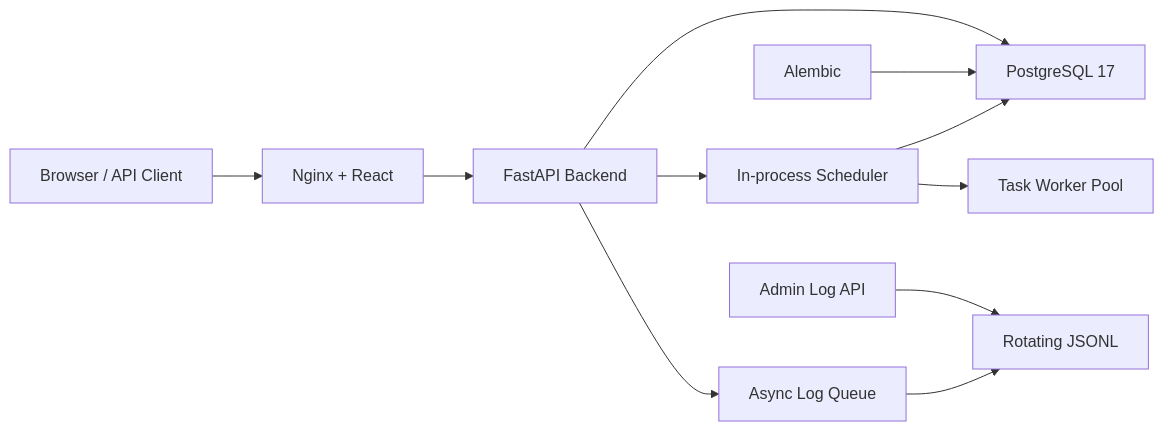
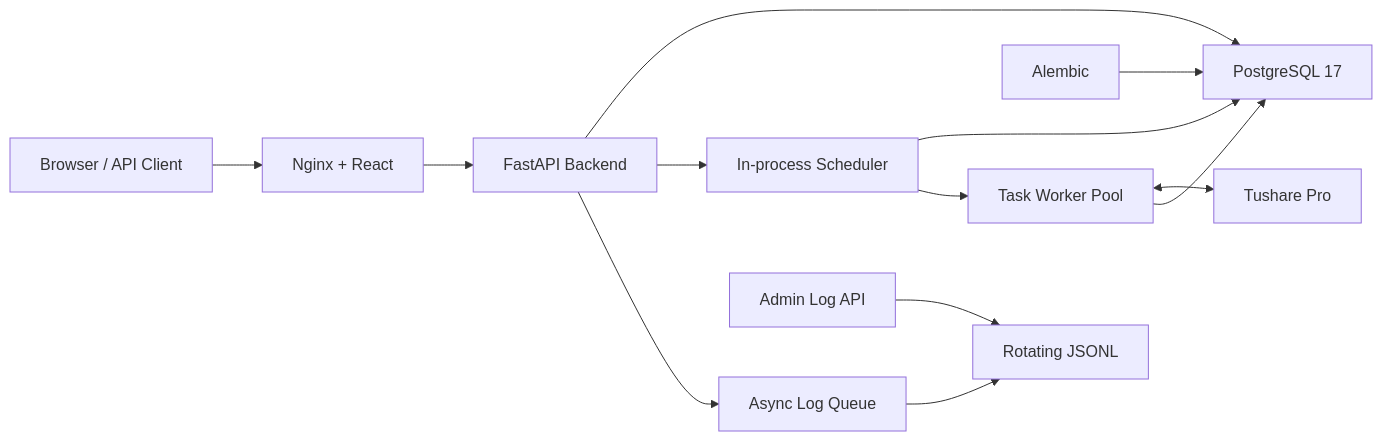
One commit to Li2Wh1te/quant-foundry changed the diagram in README_ZH.md. Above: the diagram before and after it, drawn with Mermaid. The commit also changed other lines of this file and 1 other file, not shown here.

Commit message:
docs: clarify Tushare data source support

````diff
--- a/README_ZH.md
+++ b/README_ZH.md
@@ -55,13 +57,15 @@
 ```mermaid
 flowchart LR
     Browser["Browser / API Client"] --> Frontend["Nginx + React"]
     Frontend --> Server["FastAPI Backend"]
     Server --> Database["PostgreSQL 17"]
     Server --> Scheduler["In-process Scheduler"]
     Scheduler --> Database
     Scheduler --> Workers["Task Worker Pool"]
+    Workers <--> Tushare["Tushare Pro"]
+    Workers --> Database
     Migration["Alembic"] --> Database
     Server --> Queue["Async Log Queue"]
     Queue --> Files["Rotating JSONL"]
     Admin["Admin Log API"] --> Files
 ```
````
